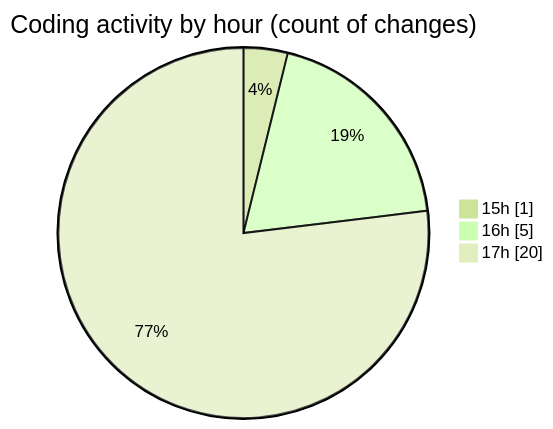
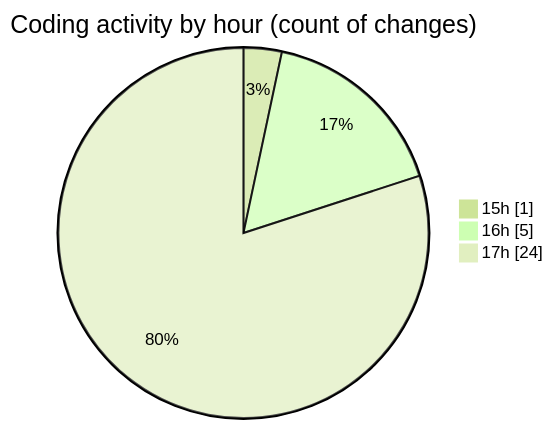
One commit to debugP/code-tracking changed the second of 2 diagrams in 2026-07-24/untitled__workspace_/README.md. Above: the diagram before and after it, drawn with Mermaid (forest theme). The commit also changed other lines of this file and 1 other file, not shown here.

````diff
--- a/2026-07-24/untitled__workspace_/README.md
+++ b/2026-07-24/untitled__workspace_/README.md
@@ -32,7 +33,7 @@
 ```mermaid
 pie showData
 title Coding activity by hour (count of changes)
 "15h" : 1
 "16h" : 5
-"17h" : 20
+"17h" : 24
 ```
````
